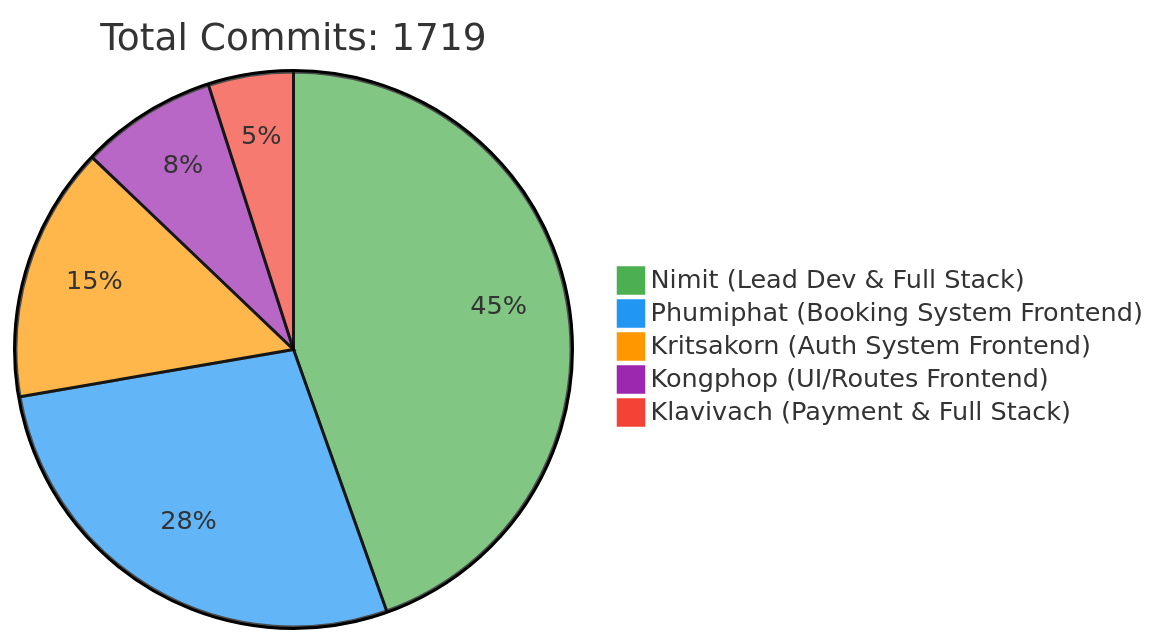
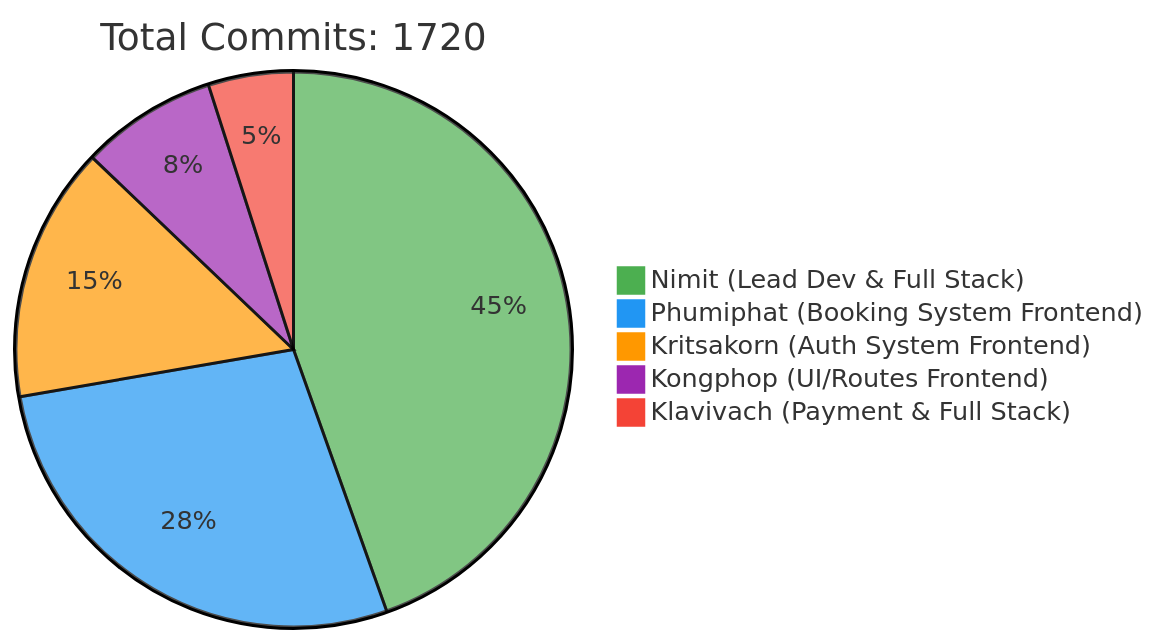
The first of 2 diagrams in README.md (6531503042/Sport-Complex), drawn with Mermaid before and after one commit. The commit also changed other lines of this file, not shown here.

Commit message:
docs: Update contributor statistics [skip ci]

````diff
--- a/README.md
+++ b/README.md
@@ -257,10 +257,10 @@
 ```mermaid
 %%{init: {'theme': 'base', 'themeVariables': { 'pie1': '#4CAF50', 'pie2': '#2196F3', 'pie3': '#FF9800', 'pie4': '#9C27B0', 'pie5': '#F44336'}}}%%
 pie
-    title Total Commits: 1719
+    title Total Commits: 1720
     "Nimit (Lead Dev & Full Stack)" : 450
     "Phumiphat (Booking System Frontend)" : 280
     "Kritsakorn (Auth System Frontend)" : 150
     "Kongphop (UI/Routes Frontend)" : 80
     "Klavivach (Payment & Full Stack)" : 50
 ```
````
